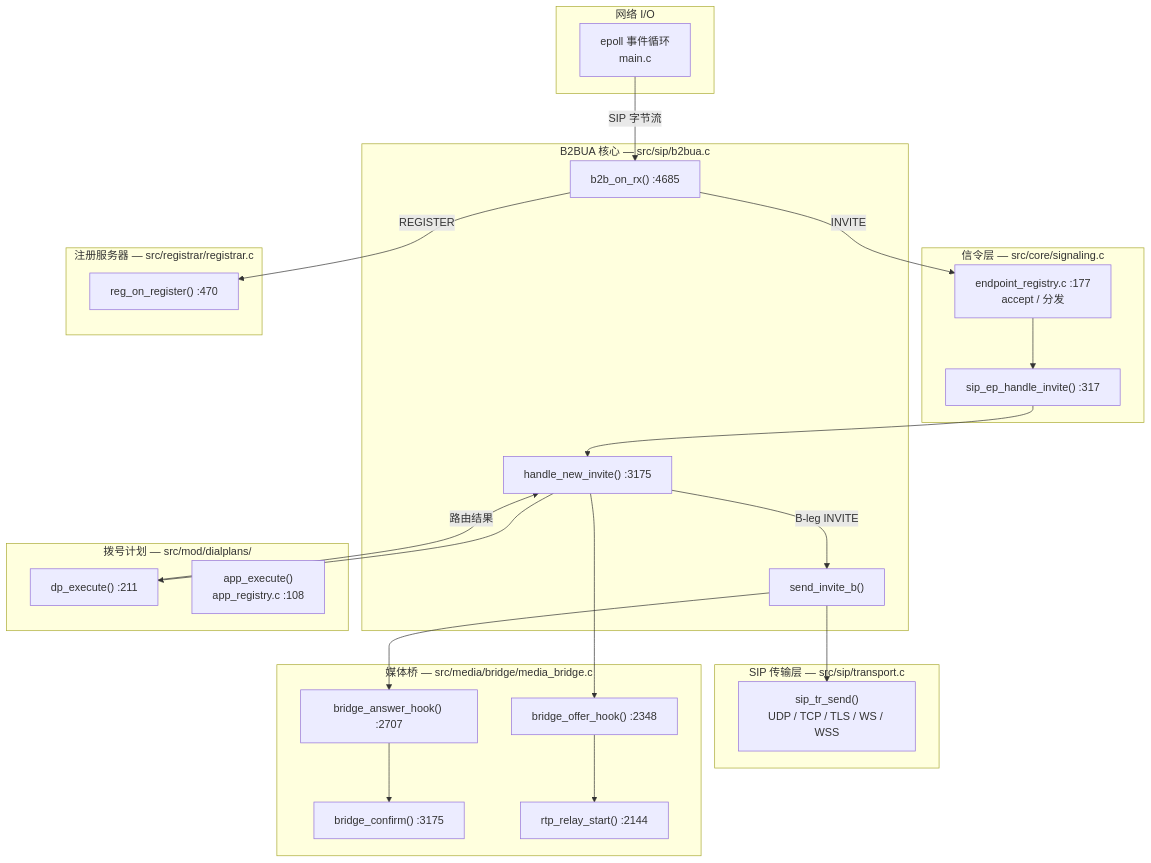
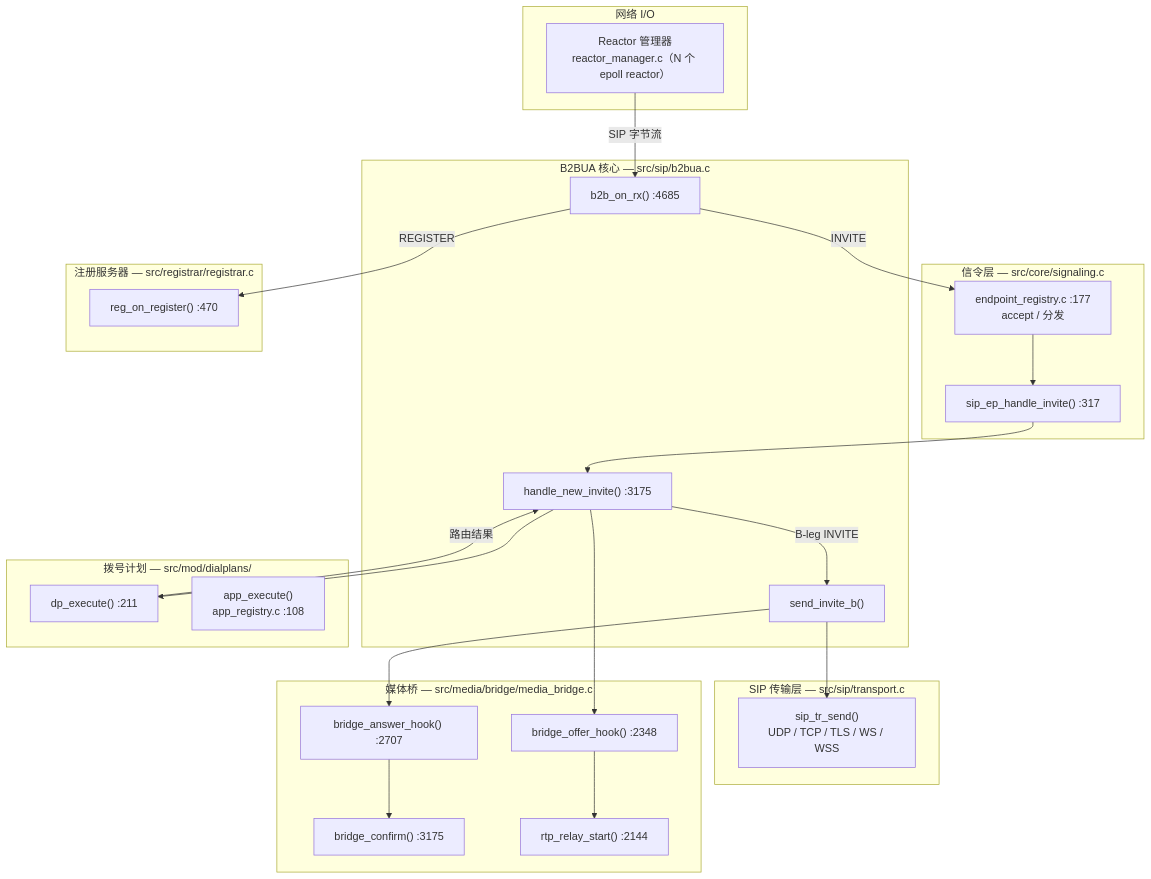
The first of 5 diagrams in docs/call-flows_cn.md (nwaycn/nsbc), drawn with Mermaid before and after one commit. The commit also changed other lines of this file and 1103 other files, not shown here.

First line of the commit message:
feat: multi-reactor/multi-worker architecture, billing accounts sync, security hardening

````diff
--- a/docs/call-flows_cn.md
+++ b/docs/call-flows_cn.md
@@ -16,49 +16,49 @@
 ```mermaid
 flowchart TD
     subgraph NET["网络 I/O"]
-        EPOLL[epoll 事件循环<br/>main.c]
+        EPOLL[Reactor 管理器<br/>reactor_manager.c（N 个 epoll reactor）]
     end
 
     subgraph TRANS["SIP 传输层 — src/sip/transport.c"]
         TR["sip_tr_send()<br/>UDP / TCP / TLS / WS / WSS"]
     end
 
     subgraph B2B["B2BUA 核心 — src/sip/b2bua.c"]
         RX["b2b_on_rx() :4685"]
         HNI["handle_new_invite() :3175"]
         SIB["send_invite_b()"]
     end
 
     subgraph SIG["信令层 — src/core/signaling.c"]
         EPREG["endpoint_registry.c :177<br/>accept / 分发"]
         SEHI["sip_ep_handle_invite() :317"]
     end
 
     subgraph REG["注册服务器 — src/registrar/registrar.c"]
         ROR["reg_on_register() :470"]
     end
 
     subgraph DP["拨号计划 — src/mod/dialplans/"]
         DPE["dp_execute() :211"]
         APPR["app_execute()<br/>app_registry.c :108"]
     end
 
     subgraph MB["媒体桥 — src/media/bridge/media_bridge.c"]
         BOH["bridge_offer_hook() :2348"]
         BAH["bridge_answer_hook() :2707"]
         BCF["bridge_confirm() :3175"]
         RR["rtp_relay_start() :2144"]
     end
 
     EPOLL -->|"SIP 字节流"| RX
     RX -->|"REGISTER"| ROR
     RX -->|"INVITE"| EPREG
     EPREG --> SEHI --> HNI
     HNI --> DPE
     DPE -->|"路由结果"| HNI
     HNI --> BOH
     HNI -->|"B-leg INVITE"| SIB --> TR
     BOH --> RR
     SIB --> BAH
     BAH --> BCF
 ```
````
